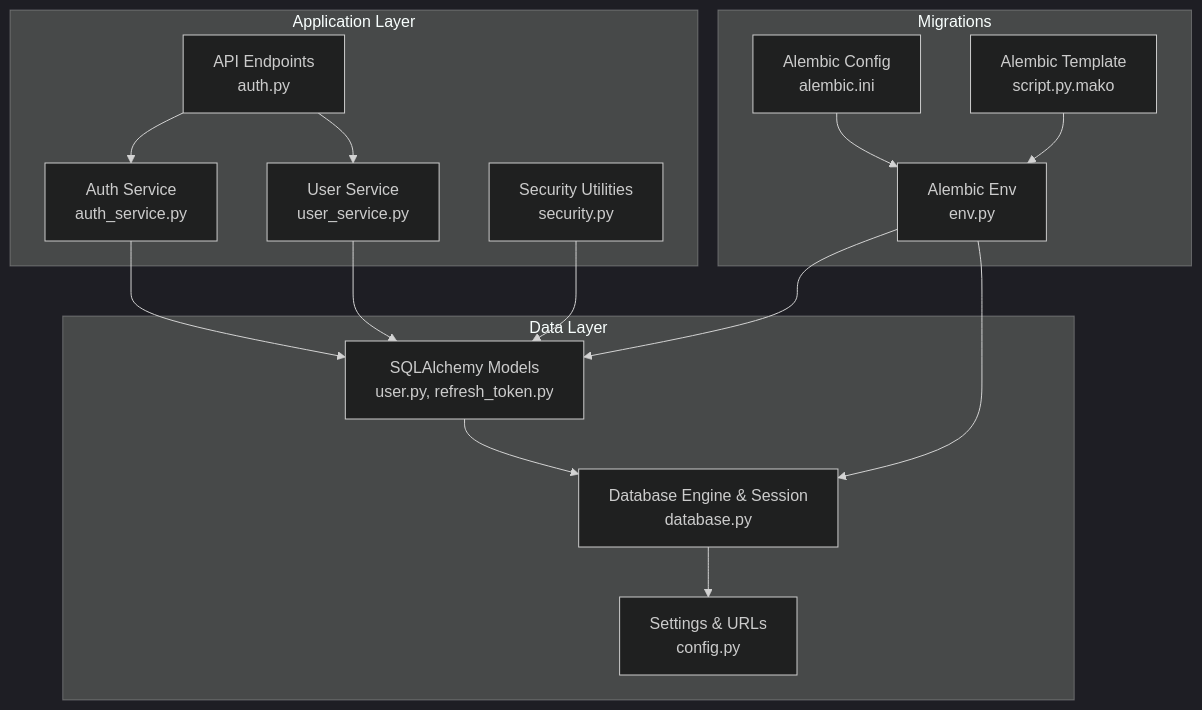
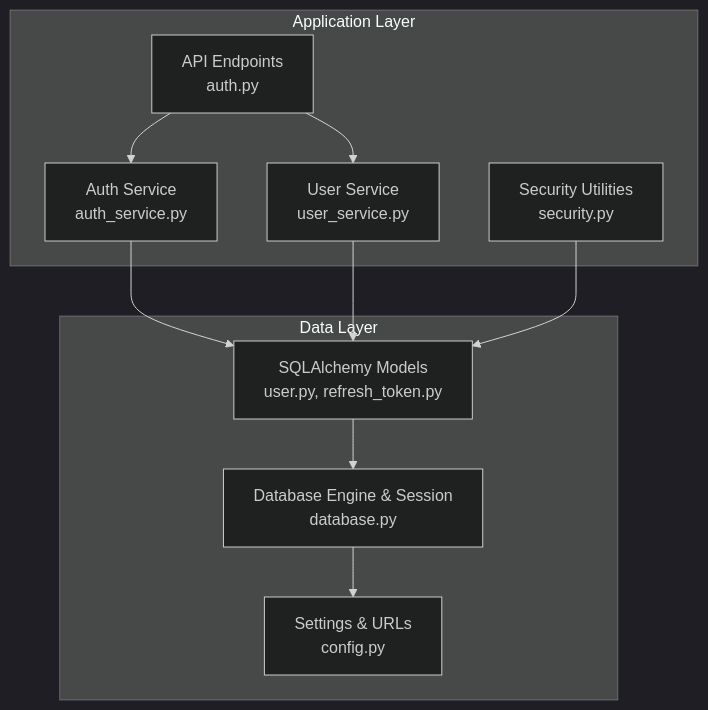
One commit to Nikita5543/New-SSO-02 changed the first of 6 diagrams in .qoder/repowiki/en/content/Database Design.md. Above: the diagram before and after it, drawn with Mermaid (dark theme). The commit also changed other lines of this file and 4 other files, not shown here.

````diff
--- a/.qoder/repowiki/en/content/Database Design.md
+++ b/.qoder/repowiki/en/content/Database Design.md
@@ -39,30 +47,21 @@
 ```mermaid
 graph TB
 subgraph "Application Layer"
 API["API Endpoints<br/>auth.py"]
 SVC_AUTH["Auth Service<br/>auth_service.py"]
 SVC_USER["User Service<br/>user_service.py"]
 SEC["Security Utilities<br/>security.py"]
 end
 subgraph "Data Layer"
 MODELS["SQLAlchemy Models<br/>user.py, refresh_token.py"]
 DB["Database Engine & Session<br/>database.py"]
 CFG["Settings & URLs<br/>config.py"]
 end
-subgraph "Migrations"
-A_ENV["Alembic Env<br/>env.py"]
-A_CFG["Alembic Config<br/>alembic.ini"]
-A_TPL["Alembic Template<br/>script.py.mako"]
-end
 API --> SVC_AUTH
 API --> SVC_USER
 SVC_AUTH --> MODELS
 SVC_USER --> MODELS
 SEC --> MODELS
 MODELS --> DB
 DB --> CFG
-A_ENV --> MODELS
-A_ENV --> DB
-A_CFG --> A_ENV
-A_TPL --> A_ENV
 ```
````
